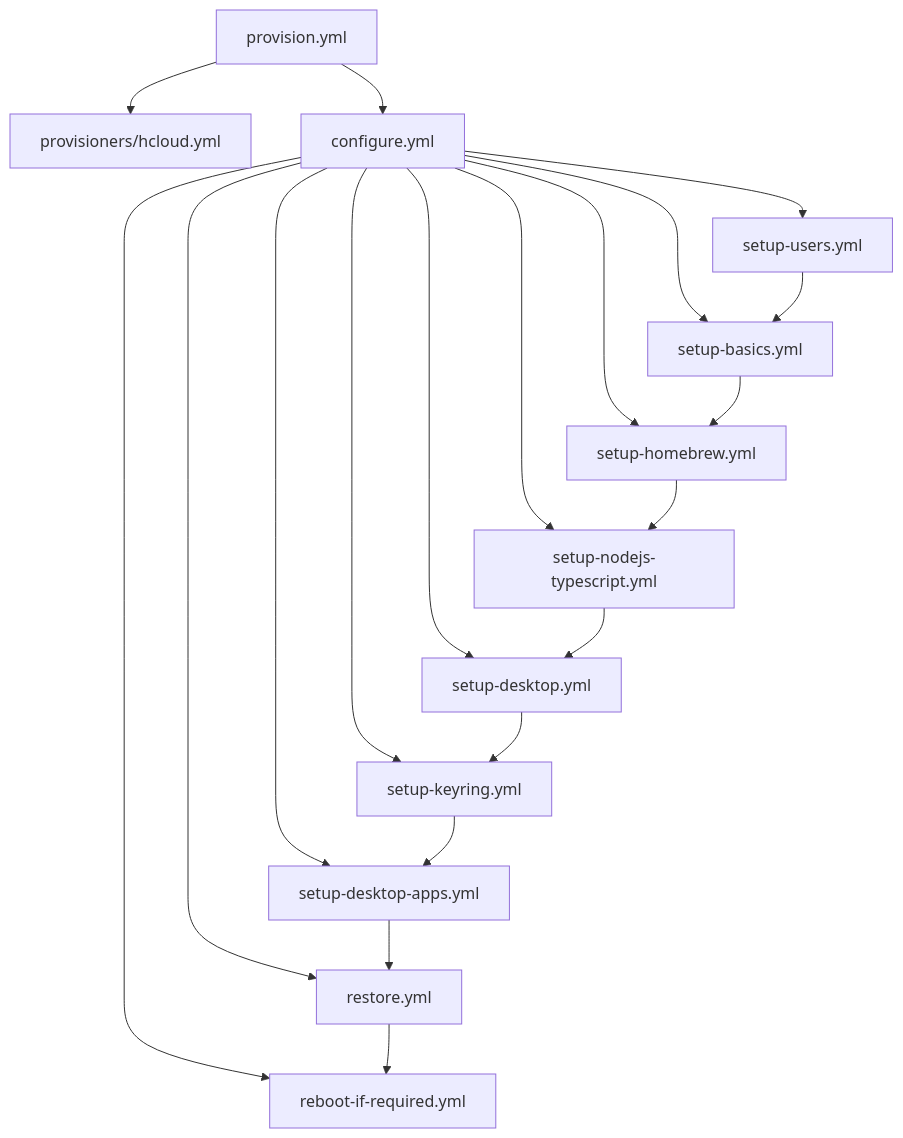
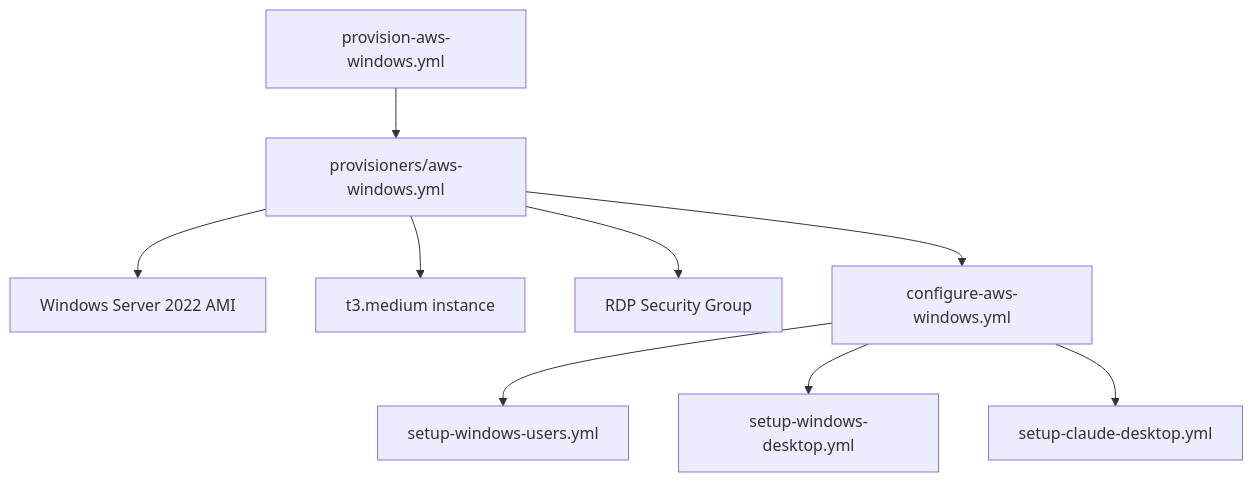
Before and after one commit to wonderbird/ansible-all-my-things: the diagram in memory-bank/systemPatterns.md, drawn with Mermaid. The commit also changed other lines of this file and 5 other files, not shown here.

First line of the commit message:
docs: refocus memory bank on Windows Server development for Claude Desktop

````diff
--- a/memory-bank/systemPatterns.md
+++ b/memory-bank/systemPatterns.md
@@ -106,23 +57,11 @@
 ```mermaid
 graph TD
-    A[provision.yml] --> B[provisioners/hcloud.yml]
-    A --> C[configure.yml]
-    C --> D[setup-users.yml]
-    C --> E[setup-basics.yml]
-    C --> F[setup-homebrew.yml]
-    C --> G[setup-nodejs-typescript.yml]
-    C --> H[setup-desktop.yml]
-    C --> I[setup-keyring.yml]
-    C --> J[setup-desktop-apps.yml]
-    C --> K[restore.yml]
-    C --> L[reboot-if-required.yml]
-    
-    D --> E
-    E --> F
-    F --> G
-    G --> H
-    H --> I
-    I --> J
-    J --> K
-    K --> L
+    A[provision-aws-windows.yml] --> B[provisioners/aws-windows.yml]
+    B --> C[Windows Server 2022 AMI]
+    B --> D[t3.medium instance]
+    B --> E[RDP Security Group]
+    B --> F[configure-aws-windows.yml]
+    F --> G[setup-windows-users.yml]
+    F --> H[setup-windows-desktop.yml]
+    F --> I[setup-claude-desktop.yml]
 ```
````
